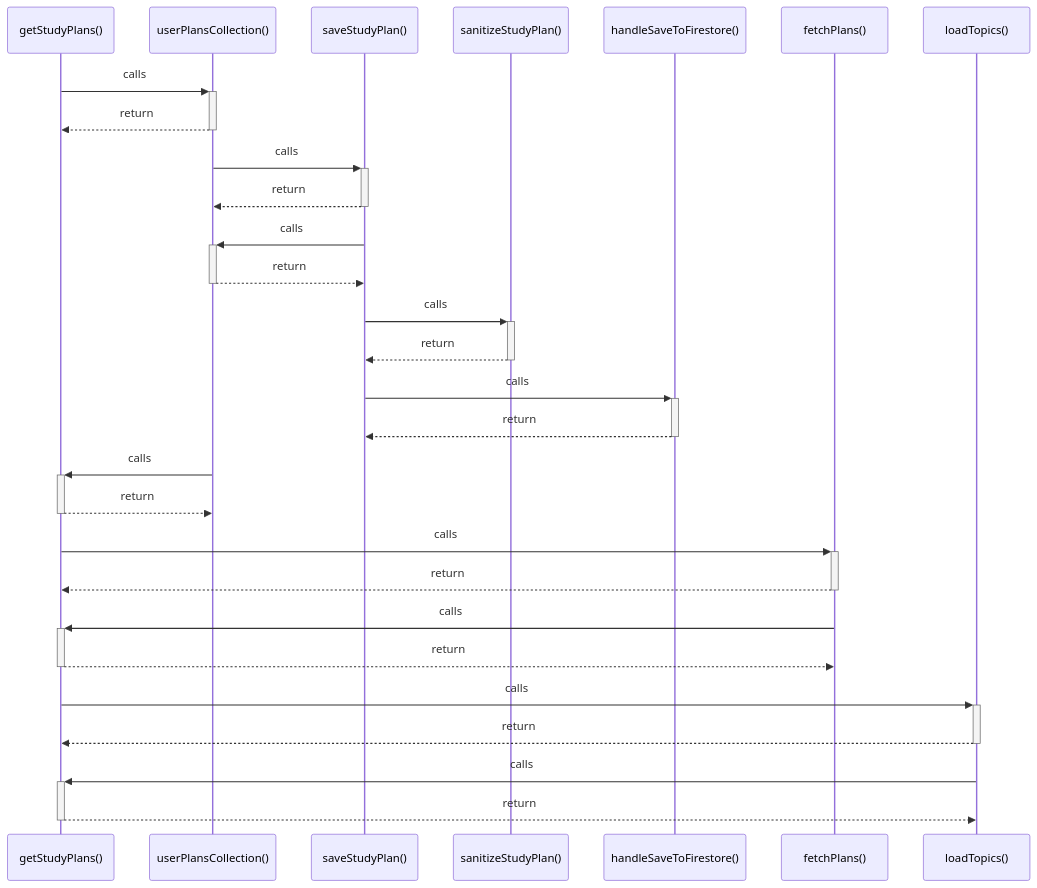
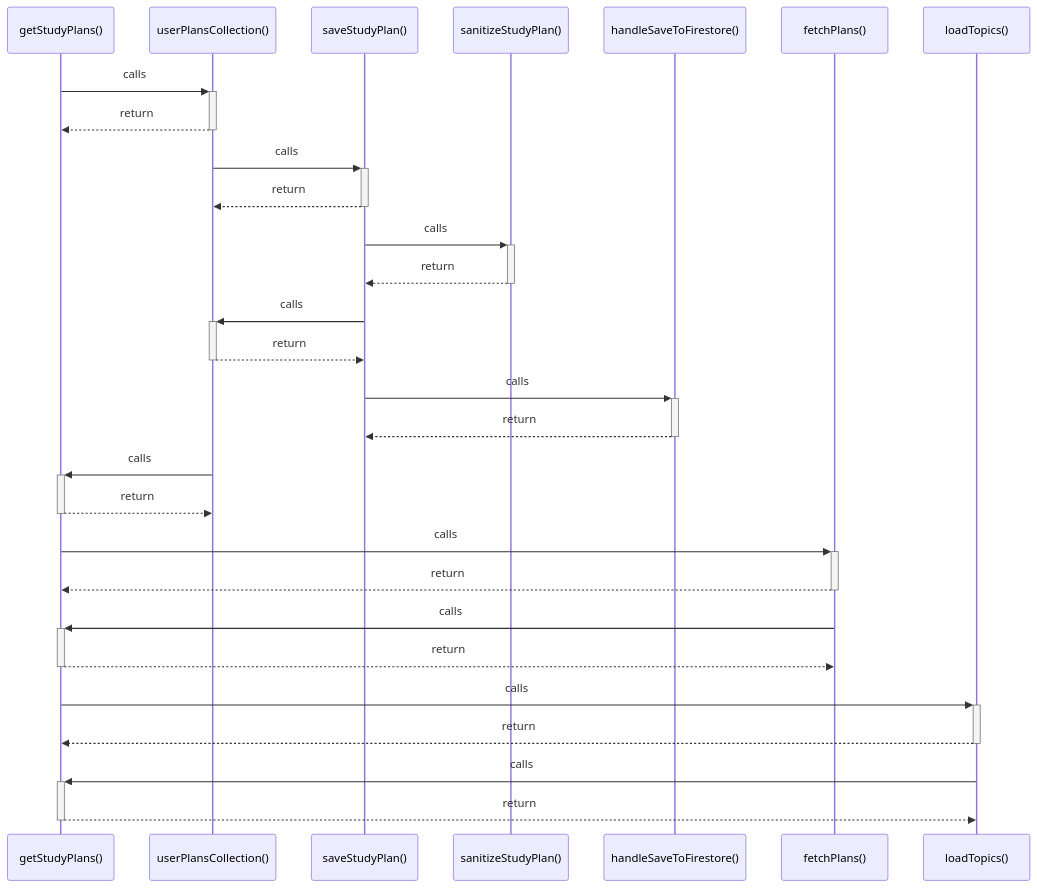
Before and after one commit to Exselsa/studysync-ai: the diagram in src/graphify-out/wiki/getStudyPlans().md, drawn with Mermaid. The commit also changed other lines of this file and 23 other files, not shown here.

````diff
--- a/src/graphify-out/wiki/getStudyPlans().md
+++ b/src/graphify-out/wiki/getStudyPlans().md
@@ -7,30 +7,30 @@
 ```mermaid
 sequenceDiagram
     participant P0 as getStudyPlans()
     participant P1 as userPlansCollection()
     participant P2 as saveStudyPlan()
     participant P3 as sanitizeStudyPlan()
     participant P4 as handleSaveToFirestore()
     participant P5 as fetchPlans()
     participant P6 as loadTopics()
     P0->>+ P1: calls
     P1-->>- P0: return
     P1->>+ P2: calls
     P2-->>- P1: return
+    P2->>+ P3: calls
+    P3-->>- P2: return
     P2->>+ P1: calls
     P1-->>- P2: return
-    P2->>+ P3: calls
-    P3-->>- P2: return
     P2->>+ P4: calls
     P4-->>- P2: return
     P1->>+ P0: calls
     P0-->>- P1: return
     P0->>+ P5: calls
     P5-->>- P0: return
     P5->>+ P0: calls
     P0-->>- P5: return
     P0->>+ P6: calls
     P6-->>- P0: return
     P6->>+ P0: calls
     P0-->>- P6: return
 ```
````
